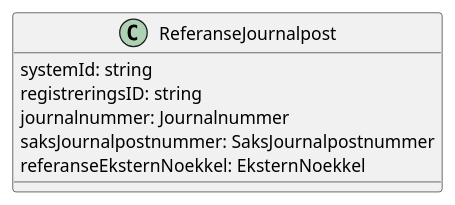
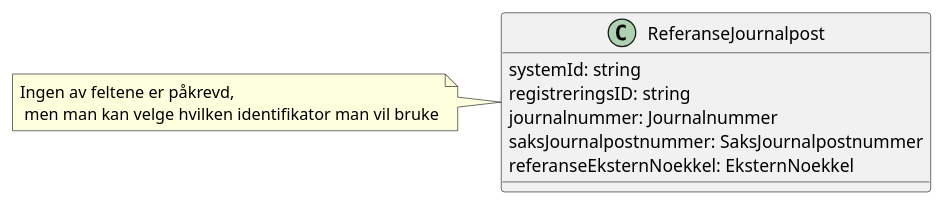
Before and after one commit to ks-no/fiks-saksfaser-specification: the diagram in Dokumentasjon/V1/ClassDiagrams/no.ks.fiks.saksfaser.v1.felles.referansejournalpost/classdiagram.pu, drawn with PlantUML. The commit also changed 10 other files, not shown here.

```diff
--- a/Dokumentasjon/V1/ClassDiagrams/no.ks.fiks.saksfaser.v1.felles.referansejournalpost/classdiagram.pu
+++ b/Dokumentasjon/V1/ClassDiagrams/no.ks.fiks.saksfaser.v1.felles.referansejournalpost/classdiagram.pu
@@ -1,11 +1,16 @@
 @startuml
 
 class ReferanseJournalpost {
     systemId: string
     registreringsID: string
     journalnummer: Journalnummer
     saksJournalpostnummer: SaksJournalpostnummer
     referanseEksternNoekkel: EksternNoekkel
 }
 
+note left of ReferanseJournalpost {
+    Ingen av feltene er påkrevd,
+     men man kan velge hvilken identifikator man vil bruke
+}
+
 @enduml
```
